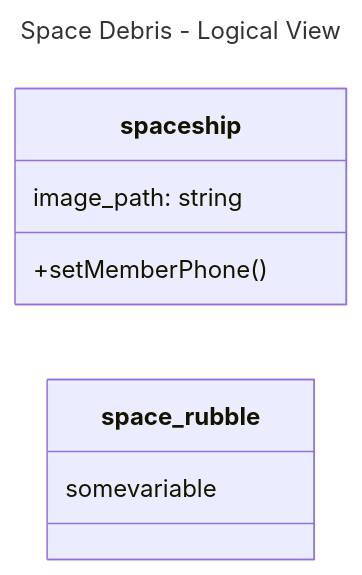
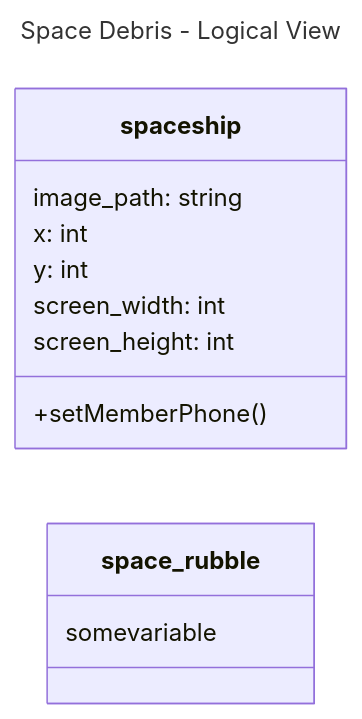
Before and after one commit to mmehta2669/Final_Project_Group_2: the diagram in README.md, drawn with Mermaid.

````diff
--- a/README.md
+++ b/README.md
@@ -14,21 +14,25 @@
 ```mermaid
 ---
 title: Space Debris - Logical View
 ---
 classDiagram 
  direction LR
  class spaceship {
-  image_path: string 
+  image_path: string
+  x: int
+  y: int
+  screen_width: int
+  screen_height: int 
   +setMemberPhone()
 }
 title_screen
 
 space_rubble
 space_rubble : somevariable
 
 background
 
 ammunition
 
 
 ```
````
